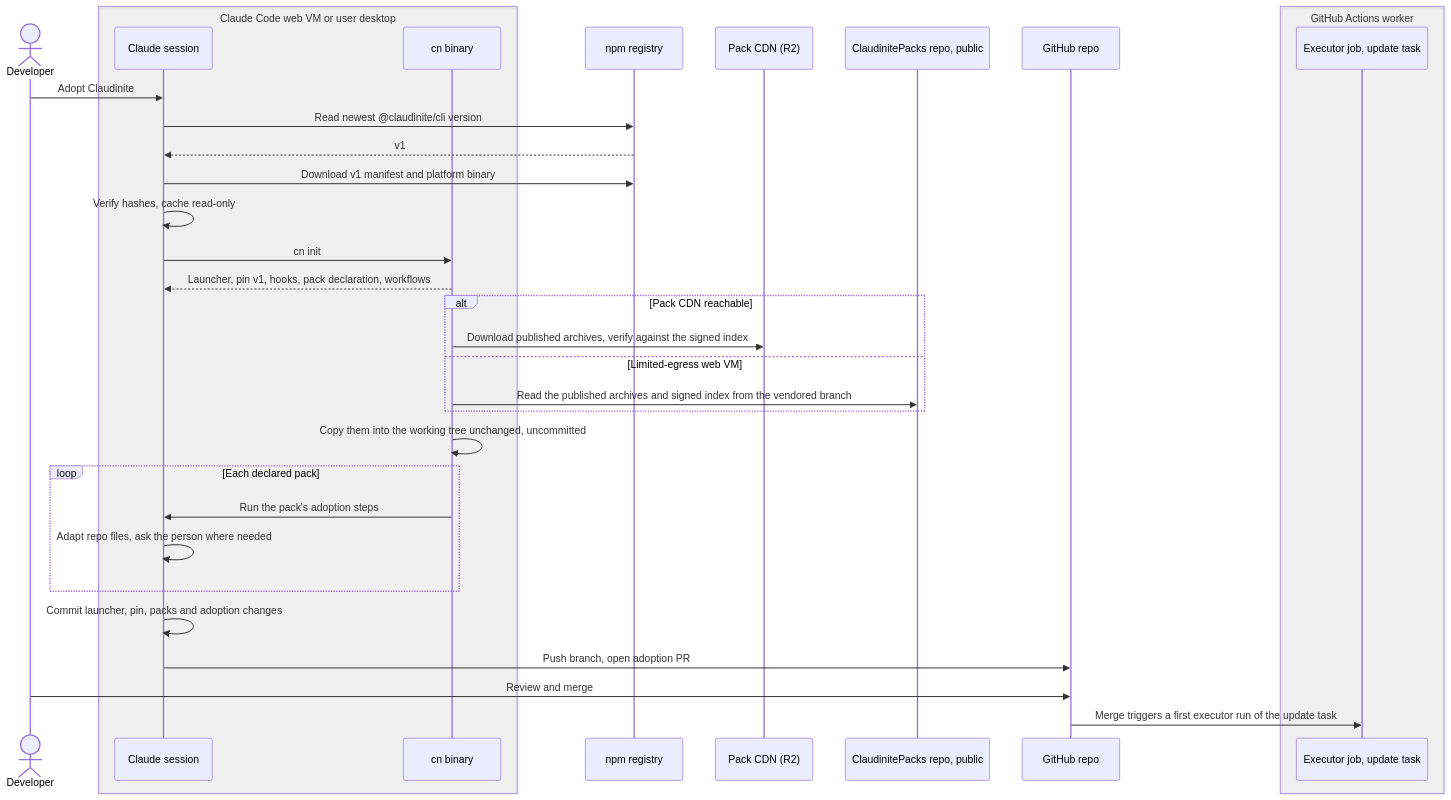
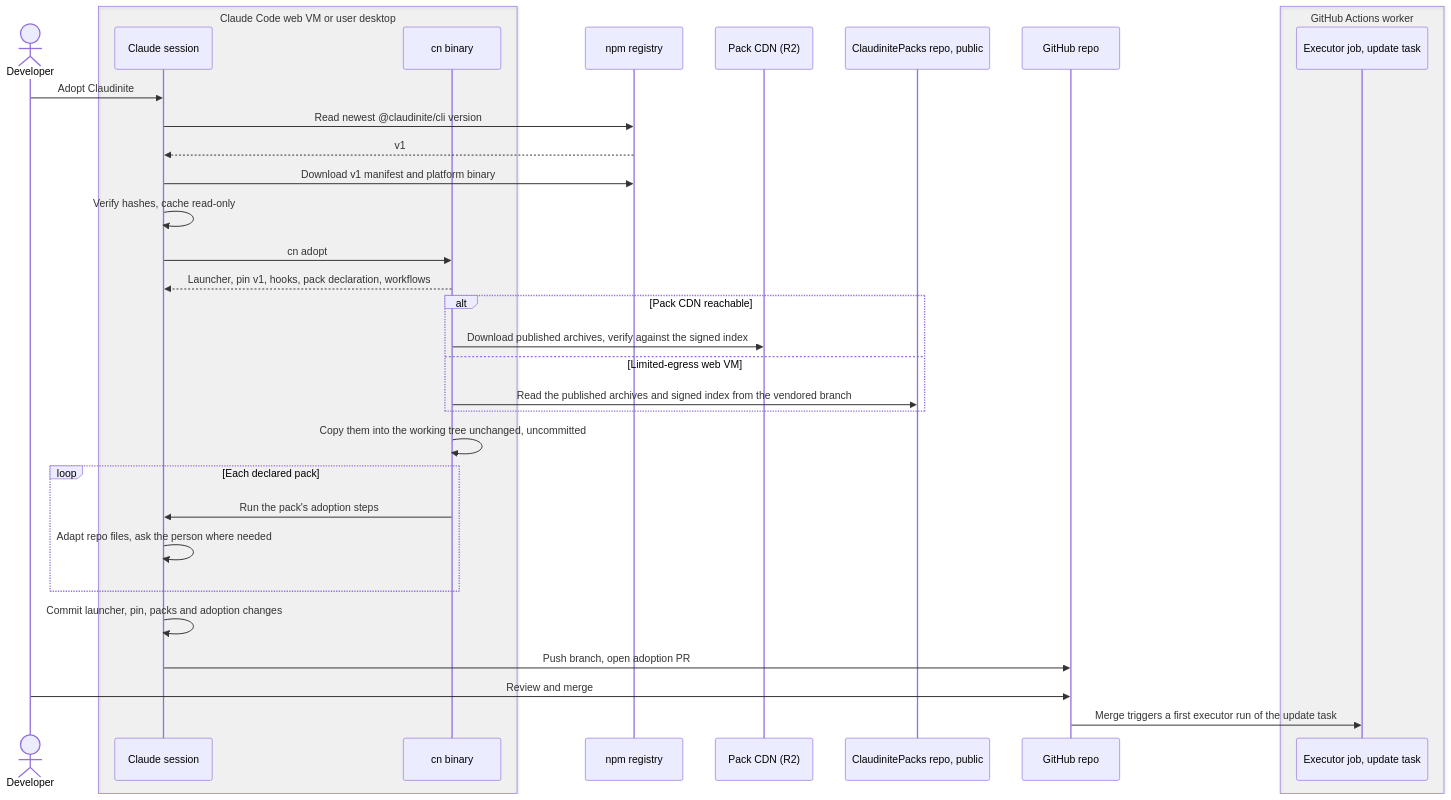
Before and after one commit to missingbulb/ClaudiniteEngine: the second of 8 diagrams in docs/design.md, drawn with Mermaid. The commit also changed other lines of this file and 67 other files, not shown here.

````diff
--- a/docs/design.md
+++ b/docs/design.md
@@ -270,36 +270,36 @@
 ```mermaid
 sequenceDiagram
   actor Dev as Developer
   box rgba(128,128,128,0.08) Claude Code web VM or user desktop
     participant S as Claude session
     participant B as cn binary
   end
   participant NPM as npm registry
   participant R2 as Pack CDN (R2)
   participant GHR as ClaudinitePacks repo, public
   participant GH as GitHub repo
   box rgba(128,128,128,0.08) GitHub Actions worker
     participant U as Executor job, update task
   end
   Dev->>S: Adopt Claudinite
   S->>NPM: Read newest @claudinite/cli version
   NPM-->>S: v1
   S->>NPM: Download v1 manifest and platform binary
   S->>S: Verify hashes, cache read-only
-  S->>B: cn init
+  S->>B: cn adopt
   B-->>S: Launcher, pin v1, hooks, pack declaration, workflows
   alt Pack CDN reachable
     B->>R2: Download published archives, verify against the signed index
   else Limited-egress web VM
     B->>GHR: Read the published archives and signed index from the vendored branch
   end
   B->>B: Copy them into the working tree unchanged, uncommitted
   loop Each declared pack
     B->>S: Run the pack's adoption steps
     S->>S: Adapt repo files, ask the person where needed
   end
   S->>S: Commit launcher, pin, packs and adoption changes
   S->>GH: Push branch, open adoption PR
   Dev->>GH: Review and merge
   GH->>U: Merge triggers a first executor run of the update task
 ```
````
